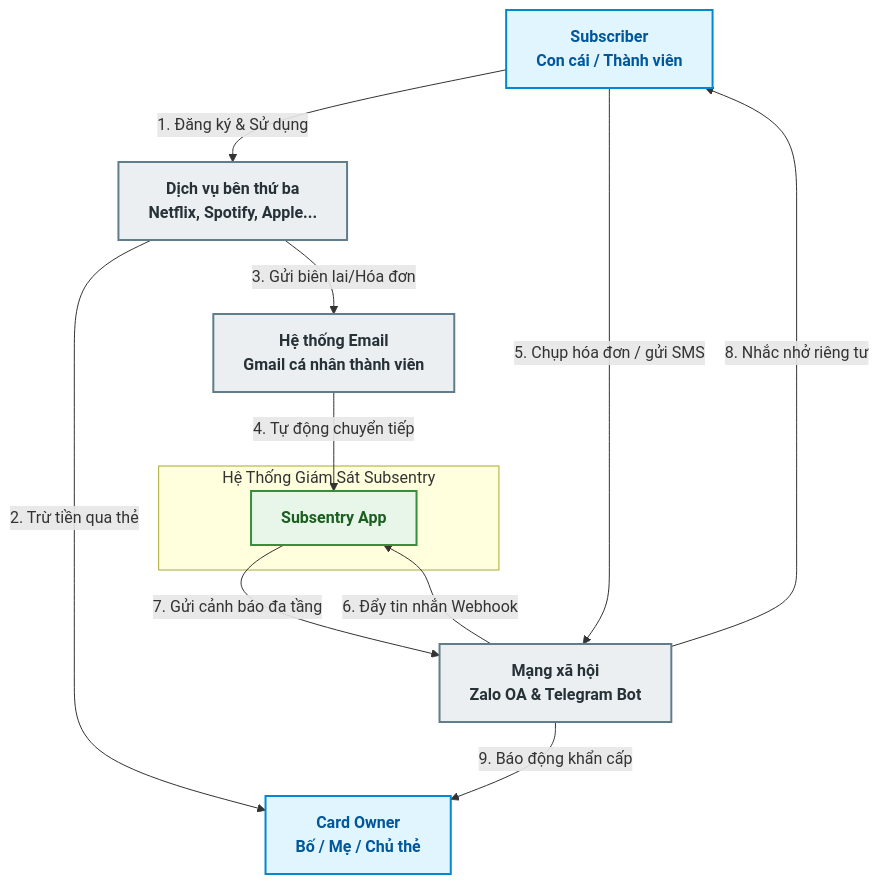
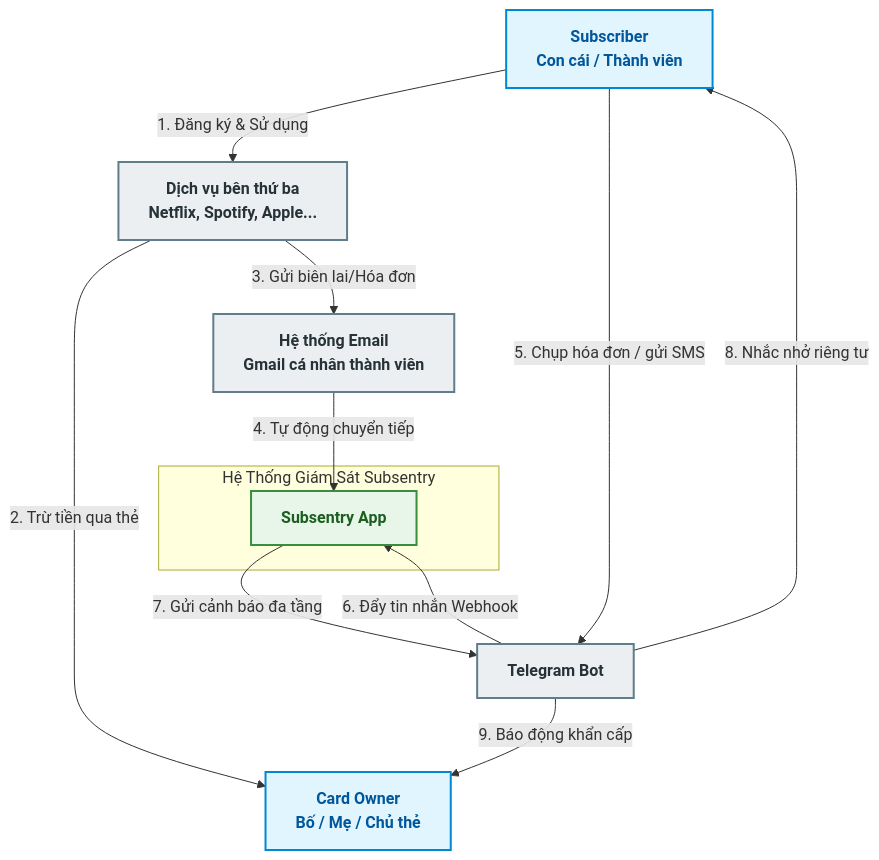
Before and after one commit to trinhquocthinh/Subsentry: the first of 2 diagrams in docs/model-c4.md, drawn with Mermaid. The commit also changed other lines of this file and 30 other files, not shown here.

Commit message:
feat:Epic 7 — Tích Hợp Telegram Bot

````diff
--- a/docs/model-c4.md
+++ b/docs/model-c4.md
@@ -11,34 +11,34 @@
 ```mermaid
 graph TB
     %% Styling
     classDef actor fill:#E1F5FE,stroke:#0288D1,stroke-width:2px,color:#01579B,font-weight:bold;
     classDef system fill:#E8F5E9,stroke:#388E3C,stroke-width:2px,color:#1B5E20,font-weight:bold;
     classDef extSystem fill:#ECEFF1,stroke:#607D8B,stroke-width:2px,color:#263238,font-weight:bold;
 
     %% Actors
     SUB[Subscriber<br>Con cái / Thành viên]:::actor
     OWNER[Card Owner<br>Bố / Mẹ / Chủ thẻ]:::actor
 
     %% Subsentry Boundary
     subgraph Subsentry_System [Hệ Thống Giám Sát Subsentry]
         SYS[Subsentry App]:::system
     end
 
     %% External Systems
     MERCHANT[Dịch vụ bên thứ ba<br>Netflix, Spotify, Apple...]:::extSystem
-    ZALO_TG[Mạng xã hội<br>Zalo OA & Telegram Bot]:::extSystem
+    TG[Telegram Bot]:::extSystem
     EMAIL_SRV[Hệ thống Email<br>Gmail cá nhân thành viên]:::extSystem
 
     %% Interactions
     SUB -->|1. Đăng ký & Sử dụng| MERCHANT
     MERCHANT -->|2. Trừ tiền qua thẻ| OWNER
     MERCHANT -->|3. Gửi biên lai/Hóa đơn| EMAIL_SRV
 
     EMAIL_SRV -->|4. Tự động chuyển tiếp| SYS
-    SUB -->|5. Chụp hóa đơn / gửi SMS| ZALO_TG
-    ZALO_TG -->|6. Đẩy tin nhắn Webhook| SYS
+    SUB -->|5. Chụp hóa đơn / gửi SMS| TG
+    TG -->|6. Đẩy tin nhắn Webhook| SYS
 
-    SYS -->|7. Gửi cảnh báo đa tầng| ZALO_TG
-    ZALO_TG -->|8. Nhắc nhở riêng tư| SUB
-    ZALO_TG -->|9. Báo động khẩn cấp| OWNER
+    SYS -->|7. Gửi cảnh báo đa tầng| TG
+    TG -->|8. Nhắc nhở riêng tư| SUB
+    TG -->|9. Báo động khẩn cấp| OWNER
 ```
````
